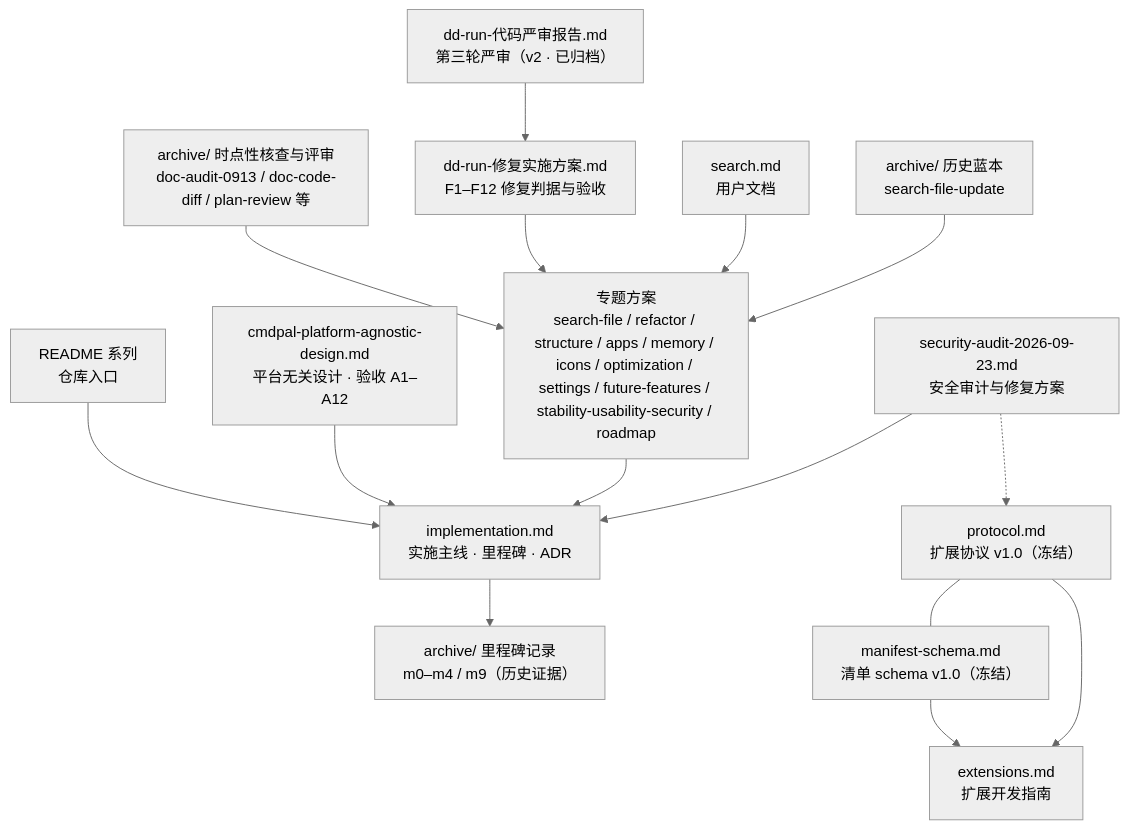
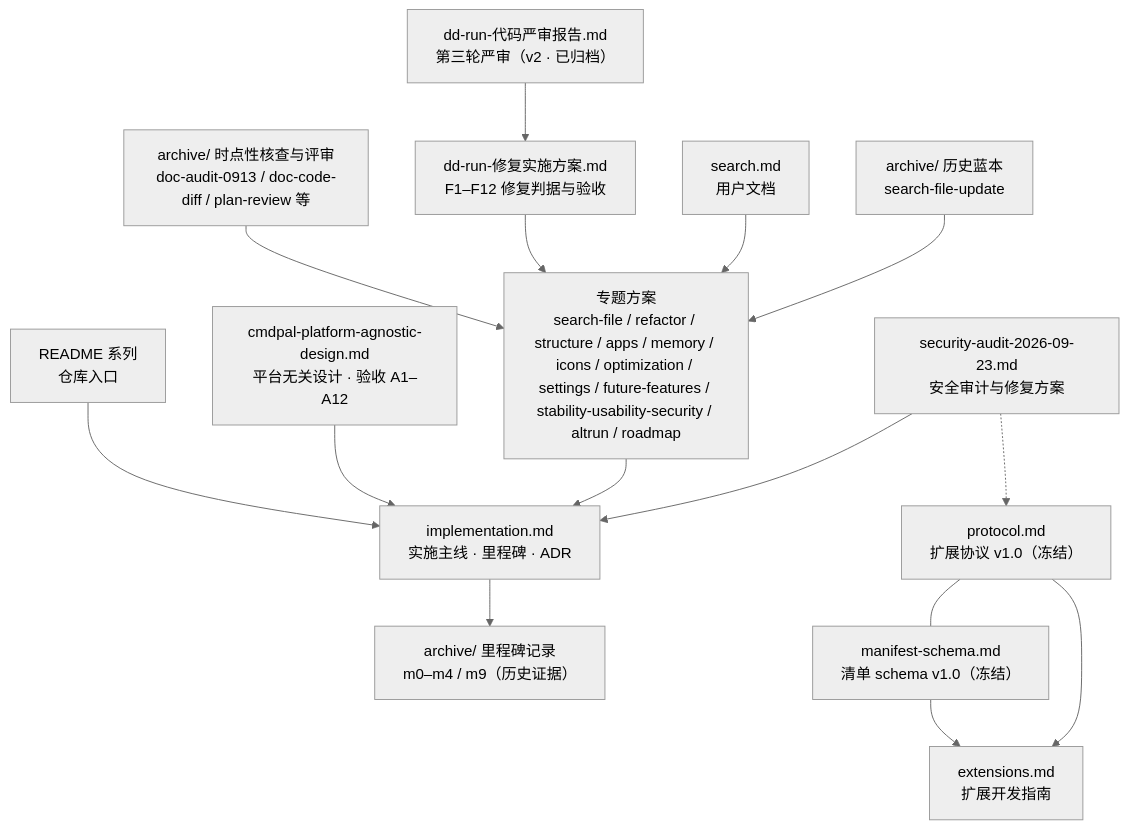
One commit to Yang-SH/dd-run changed the diagram in docs/INDEX.md. Above: the diagram before and after it, drawn with Mermaid (neutral theme). The commit also changed other lines of this file and 27 other files, not shown here.

````diff
--- a/docs/INDEX.md
+++ b/docs/INDEX.md
@@ -25,20 +25,20 @@
 ```mermaid
 flowchart TD
     README["README 系列<br/>仓库入口"] --> IMPL
     IMPL["implementation.md<br/>实施主线 · 里程碑 · ADR"]
     DESIGN["cmdpal-platform-agnostic-design.md<br/>平台无关设计 · 验收 A1–A12"] --> IMPL
     IMPL --> REC["archive/ 里程碑记录<br/>m0–m4 / m9（历史证据）"]
 
     PROTO["protocol.md<br/>扩展协议 v1.0（冻结）"] --- MANIFEST["manifest-schema.md<br/>清单 schema v1.0（冻结）"]
     MANIFEST --> EXT["extensions.md<br/>扩展开发指南"]
     PROTO --> EXT
 
-    PLAN["专题方案<br/>search-file / refactor / structure / apps / memory / icons / optimization / settings / future-features / stability-usability-security / roadmap"] --> IMPL
+    PLAN["专题方案<br/>search-file / refactor / structure / apps / memory / icons / optimization / settings / future-features / stability-usability-security / altrun / roadmap"] --> IMPL
     REVIEW["archive/ 时点性核查与评审<br/>doc-audit-0913 / doc-code-diff / plan-review 等"] --> PLAN
     FIX["dd-run-修复实施方案.md<br/>F1–F12 修复判据与验收"] --> PLAN
     REV3["dd-run-代码严审报告.md<br/>第三轮严审（v2 · 已归档）"] --> FIX
     AUDIT["security-audit-2026-09-23.md<br/>安全审计与修复方案"] --> IMPL
     AUDIT -.-> PROTO
     USERDOC["search.md<br/>用户文档"] --> PLAN
     ARCHIVE["archive/ 历史蓝本<br/>search-file-update"] --> PLAN
 ```
````
